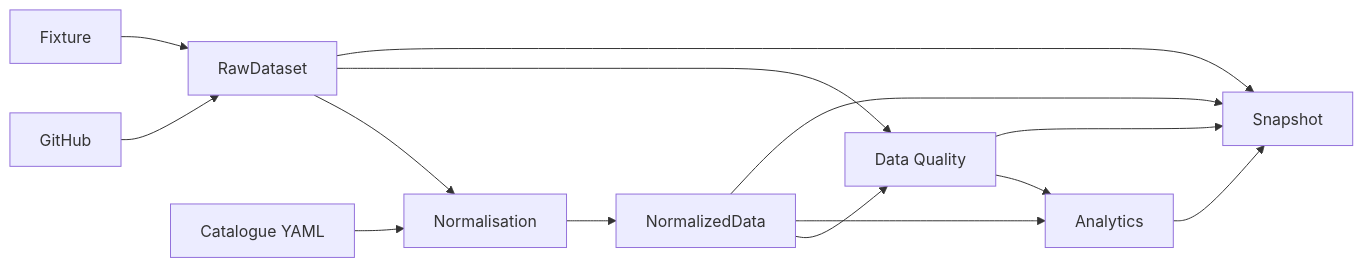
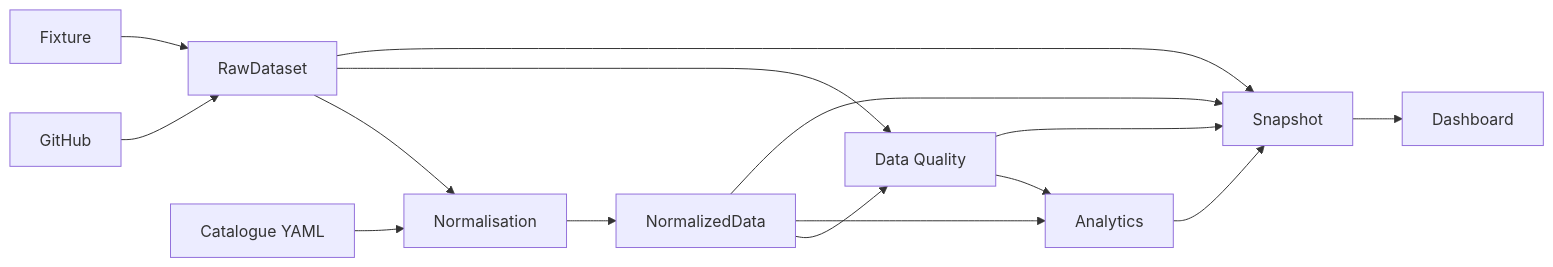
One commit to bdelion/design-system-quality-pipeline changed the diagram in docs/05-donnees/architecture-donnees.md. Above: the diagram before and after it, drawn with Mermaid. The commit also changed other lines of this file and 99 other files, not shown here.

````diff
--- a/docs/05-donnees/architecture-donnees.md
+++ b/docs/05-donnees/architecture-donnees.md
@@ -3,16 +15,17 @@
 ```mermaid
 flowchart LR
     G[GitHub] --> RAW[RawDataset]
     F[Fixture] --> RAW
     C[Catalogue YAML] --> N[Normalisation]
     RAW --> N
     N --> ND[NormalizedData]
     ND --> DQ[Data Quality]
     RAW --> DQ
     DQ --> A[Analytics]
     ND --> A
     A --> S[Snapshot]
     RAW --> S
     ND --> S
     DQ --> S
+    S --> D[Dashboard]
 ```
````
